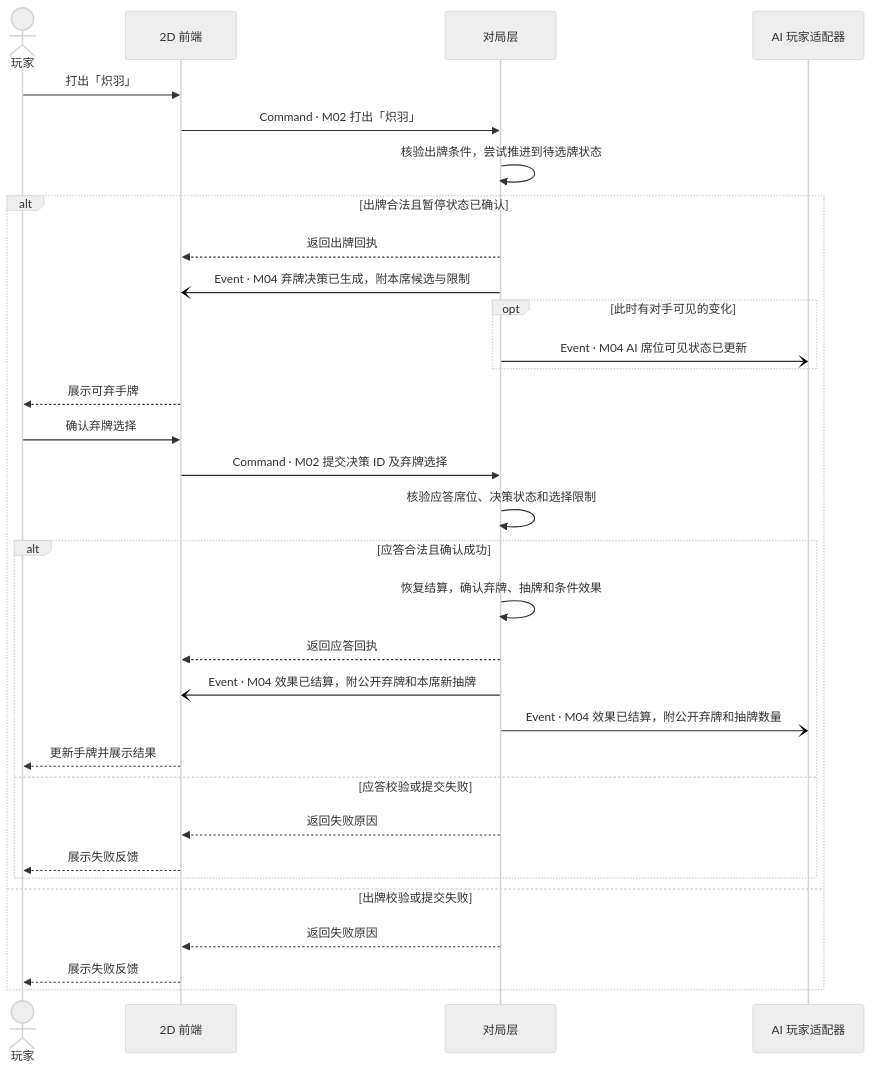
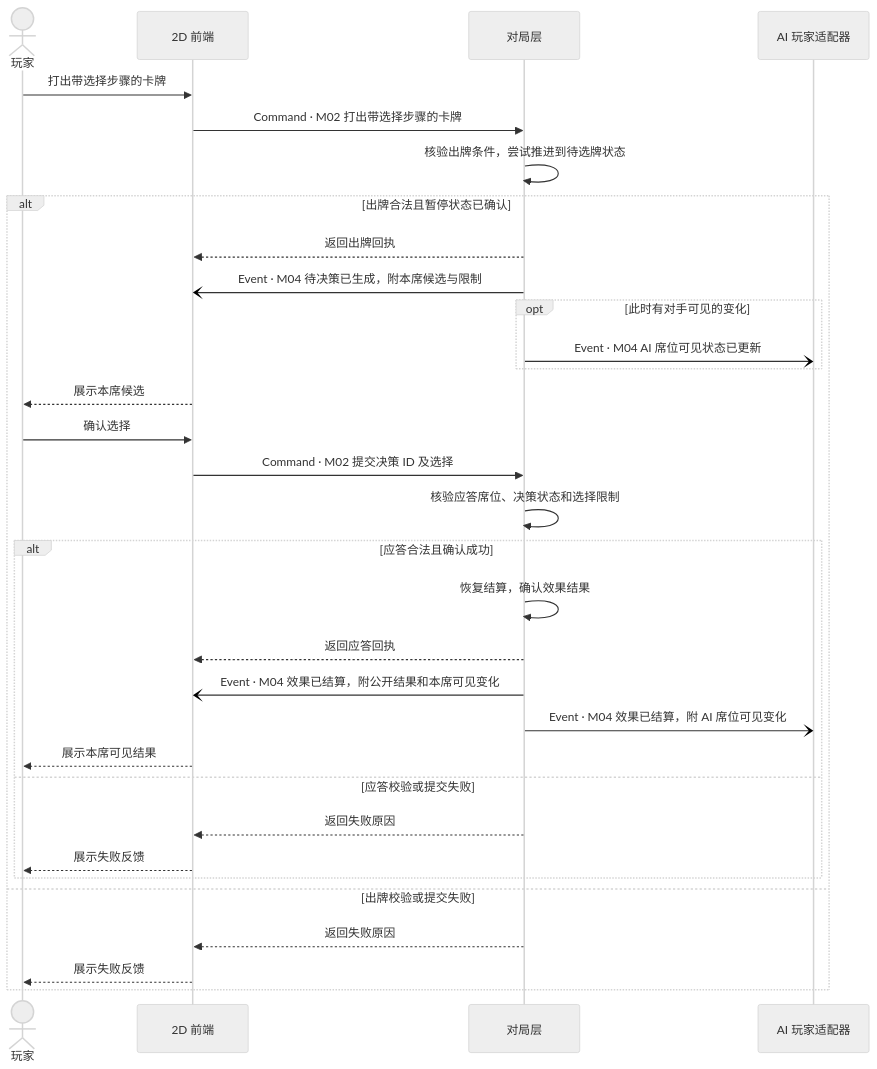
Before and after one commit to jigejiqiangshou/Critical-Provisional: the fourth of 10 diagrams in specs/001-offline-game-refactor/contracts/scenario-sequences.md, drawn with Mermaid (neutral theme). The commit also changed other lines of this file and 10 other files, not shown here.

````diff
--- a/specs/001-offline-game-refactor/contracts/scenario-sequences.md
+++ b/specs/001-offline-game-refactor/contracts/scenario-sequences.md
@@ -127,35 +133,35 @@
 ```mermaid
 sequenceDiagram
     actor P as 玩家
     participant F as 2D 前端
     participant G as 对局层
     participant A as AI 玩家适配器
 
-    P->>F: 打出「炽羽」
-    F->>G: Command · M02 打出「炽羽」
+    P->>F: 打出带选择步骤的卡牌
+    F->>G: Command · M02 打出带选择步骤的卡牌
     G->>G: 核验出牌条件，尝试推进到待选牌状态
     alt 出牌合法且暂停状态已确认
         G-->>F: 返回出牌回执
-        G-)F: Event · M04 弃牌决策已生成，附本席候选与限制
+        G-)F: Event · M04 待决策已生成，附本席候选与限制
         opt 此时有对手可见的变化
             G-)A: Event · M04 AI 席位可见状态已更新
         end
-        F-->>P: 展示可弃手牌
-        P->>F: 确认弃牌选择
-        F->>G: Command · M02 提交决策 ID 及弃牌选择
+        F-->>P: 展示本席候选
+        P->>F: 确认选择
+        F->>G: Command · M02 提交决策 ID 及选择
         G->>G: 核验应答席位、决策状态和选择限制
         alt 应答合法且确认成功
-            G->>G: 恢复结算，确认弃牌、抽牌和条件效果
+            G->>G: 恢复结算，确认效果结果
             G-->>F: 返回应答回执
-            G-)F: Event · M04 效果已结算，附公开弃牌和本席新抽牌
-            G-)A: Event · M04 效果已结算，附公开弃牌和抽牌数量
-            F-->>P: 更新手牌并展示结果
+            G-)F: Event · M04 效果已结算，附公开结果和本席可见变化
+            G-)A: Event · M04 效果已结算，附 AI 席位可见变化
+            F-->>P: 展示本席可见结果
         else 应答校验或提交失败
             G-->>F: 返回失败原因
             F-->>P: 展示失败反馈
         end
     else 出牌校验或提交失败
         G-->>F: 返回失败原因
         F-->>P: 展示失败反馈
     end
 ```
````
